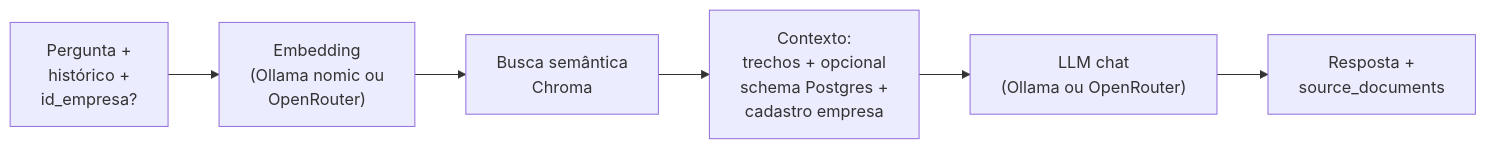
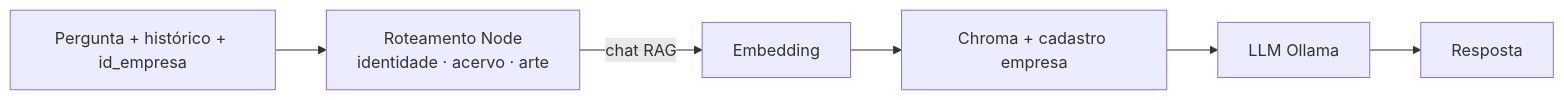
One commit to luccaleca/TumaIA changed the second of 3 diagrams in docs/arquitetura/arquitetura-repositorio.md. Above: the diagram before and after it, drawn with Mermaid. The commit also changed other lines of this file and 9 other files, not shown here.

````diff
--- a/docs/arquitetura/arquitetura-repositorio.md
+++ b/docs/arquitetura/arquitetura-repositorio.md
@@ -76,15 +85,15 @@
 ```mermaid
 flowchart LR
-  Q["Pergunta +\nhistórico +\nid_empresa?"]
-  E["Embedding\n(Ollama nomic ou\nOpenRouter)"]
-  R["Busca semântica\nChroma"]
-  C["Contexto:\ntrechos + opcional\nschema Postgres +\ncadastro empresa"]
-  L["LLM chat\n(Ollama ou OpenRouter)"]
-  A["Resposta +\nsource_documents"]
+  Q["Pergunta + histórico + id_empresa"]
+  R["Roteamento Node\nidentidade · acervo · arte"]
+  E["Embedding"]
+  C["Chroma + cadastro empresa"]
+  L["LLM Ollama"]
+  A["Resposta"]
 
-  Q --> E
-  E --> R
-  R --> C
+  Q --> R
+  R -->|chat RAG| E
+  E --> C
   C --> L
   L --> A
 ```
````
